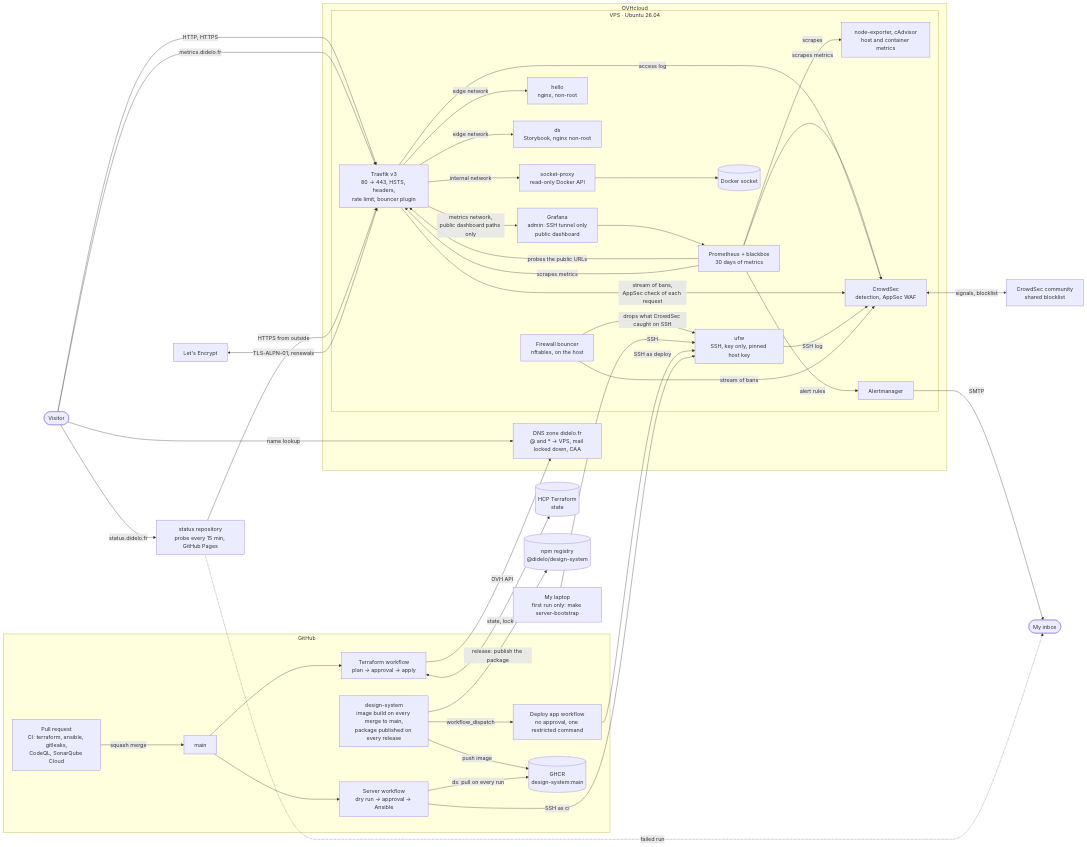
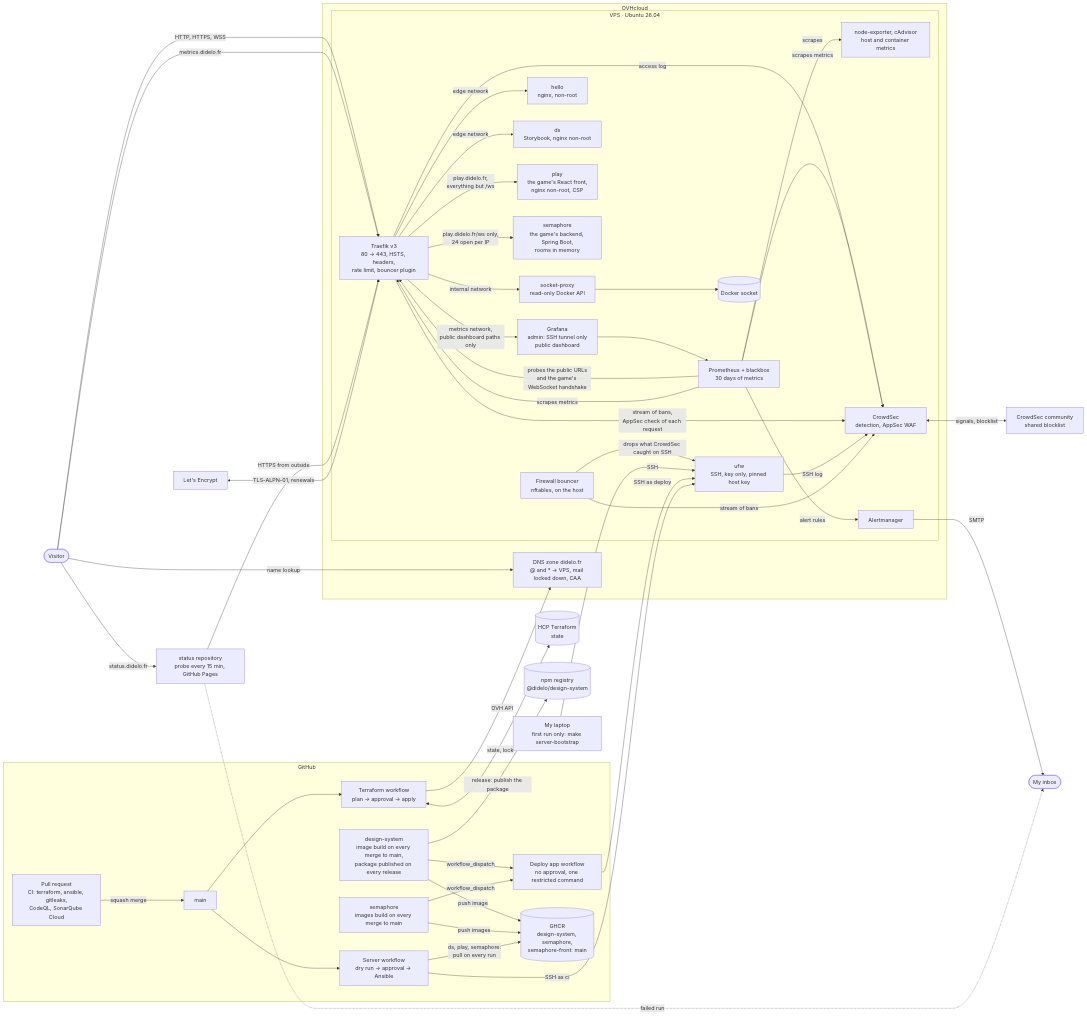
Before and after one commit to Didelo-lilian/infra: the diagram in README.md, drawn with Mermaid. The commit also changed other lines of this file and 10 other files, not shown here.

First line of the commit message:
feat(play): serve the game on play.didelo.fr (#71)

````diff
--- a/README.md
+++ b/README.md
@@ -28,75 +28,82 @@
 ```mermaid
 flowchart LR
   visitor([Visitor])
   laptop["My laptop<br/>first run only: make server-bootstrap"]
   le["Let's Encrypt"]
   capi["CrowdSec community<br/>shared blocklist"]
 
   subgraph ovh["OVHcloud"]
     dns["DNS zone didelo.fr<br/>@ and * → VPS, mail locked down, CAA"]
     subgraph vps["VPS · Ubuntu 26.04"]
       ufw["ufw<br/>SSH, key only, pinned host key"]
       traefik["Traefik v3<br/>80 → 443, HSTS, headers,<br/>rate limit, bouncer plugin"]
       proxy["socket-proxy<br/>read-only Docker API"]
       sock[("Docker socket")]
       hello["hello<br/>nginx, non-root"]
       ds["ds<br/>Storybook, nginx non-root"]
+      play["play<br/>the game's React front,<br/>nginx non-root, CSP"]
+      sem["semaphore<br/>the game's backend, Spring Boot,<br/>rooms in memory"]
       graf["Grafana<br/>admin: SSH tunnel only<br/>public dashboard"]
       prom["Prometheus + blackbox<br/>30 days of metrics"]
       exp["node-exporter, cAdvisor<br/>host and container metrics"]
       alert["Alertmanager"]
       cs["CrowdSec<br/>detection, AppSec WAF"]
       fwb["Firewall bouncer<br/>nftables, on the host"]
     end
   end
 
   subgraph gh["GitHub"]
     pr["Pull request<br/>CI: terraform, ansible, gitleaks,<br/>CodeQL, SonarQube Cloud"]
     main["main"]
     tfwf["Terraform workflow<br/>plan → approval → apply"]
     srvwf["Server workflow<br/>dry run → approval → Ansible"]
     appwf["Deploy app workflow<br/>no approval, one restricted command"]
     dsrepo["design-system<br/>image build on every merge to main,<br/>package published on every release"]
-    ghcr[("GHCR<br/>design-system:main")]
+    semrepo["semaphore<br/>images build on every merge to main"]
+    ghcr[("GHCR<br/>design-system, semaphore,<br/>semaphore-front: main")]
   end
   hcp[("HCP Terraform<br/>state")]
   npm[("npm registry<br/>@didelo/design-system")]
   statusrepo["status repository<br/>probe every 15 min, GitHub Pages"]
   inbox(["My inbox"])
 
   visitor -->|"name lookup"| dns
-  visitor -->|"HTTP, HTTPS"| traefik
+  visitor -->|"HTTP, HTTPS, WSS"| traefik
   traefik -->|"edge network"| hello
   traefik -->|"edge network"| ds
+  traefik -->|"play.didelo.fr,<br/>everything but /ws"| play
+  traefik -->|"play.didelo.fr/ws only,<br/>24 open per IP"| sem
   graf --> prom
   visitor -->|"metrics.didelo.fr"| traefik
   traefik -->|"metrics network,<br/>public dashboard paths only"| graf
-  prom -->|"probes the public URLs"| traefik
+  prom -->|"probes the public URLs<br/>and the game's WebSocket handshake"| traefik
   prom -->|"scrapes"| exp
   prom -->|"scrapes metrics"| cs
   prom -->|"scrapes metrics"| traefik
   traefik -->|"access log"| cs
   traefik -->|"stream of bans,<br/>AppSec check of each request"| cs
   ufw -->|"SSH log"| cs
   fwb -->|"stream of bans"| cs
   fwb -->|"drops what CrowdSec caught on SSH"| ufw
   cs <-->|"signals, blocklist"| capi
   prom -->|"alert rules"| alert
   alert -->|"SMTP"| inbox
   statusrepo -->|"HTTPS from outside"| traefik
   statusrepo -.->|"failed run"| inbox
   visitor -->|"status.didelo.fr"| statusrepo
   traefik -->|"internal network"| proxy --> sock
   le <-->|"TLS-ALPN-01, renewals"| traefik
   laptop -->|"SSH"| ufw
   pr -->|"squash merge"| main --> tfwf
   main --> srvwf
   dsrepo -->|"push image"| ghcr
   dsrepo -->|"release: publish the package"| npm
   dsrepo -->|"workflow_dispatch"| appwf
+  semrepo -->|"push images"| ghcr
+  semrepo -->|"workflow_dispatch"| appwf
   appwf -->|"SSH as deploy"| ufw
-  srvwf -->|"ds: pull on every run"| ghcr
+  srvwf -->|"ds, play, semaphore:<br/>pull on every run"| ghcr
   srvwf -->|"SSH as ci"| ufw
   tfwf -->|"OVH API"| dns
   tfwf <-->|"state, lock"| hcp
 ```
````
